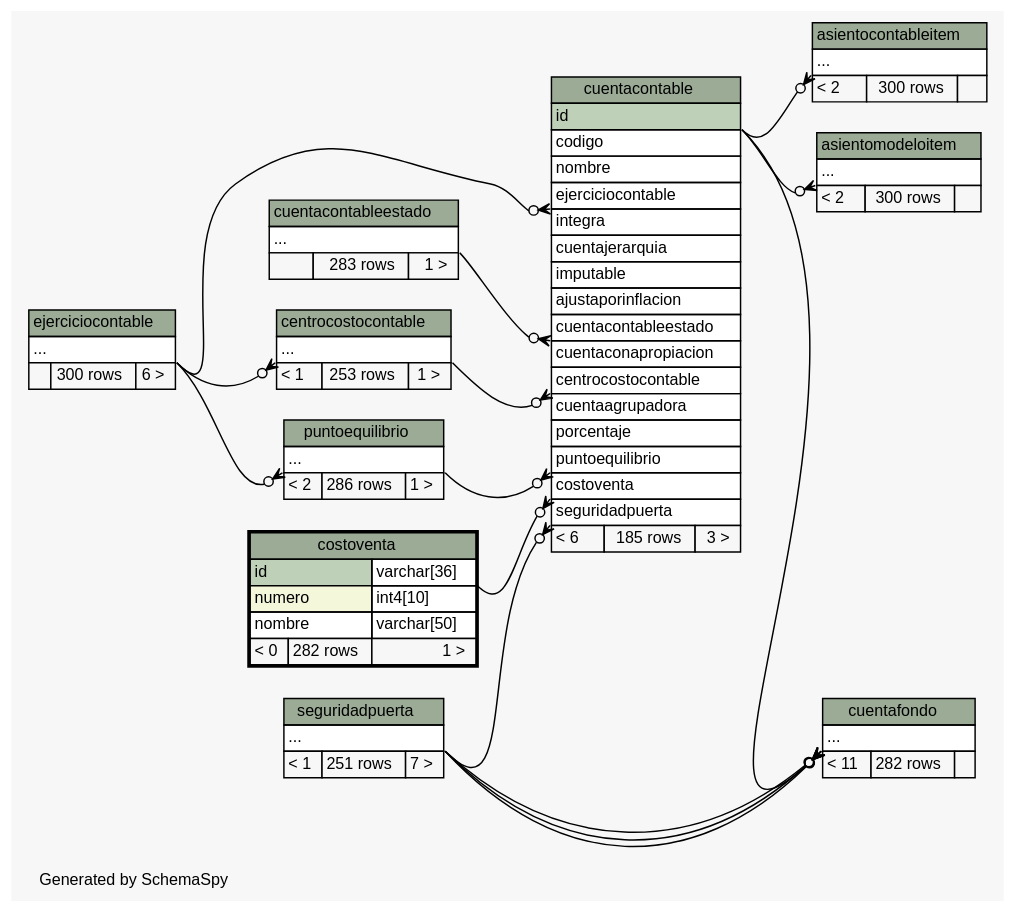
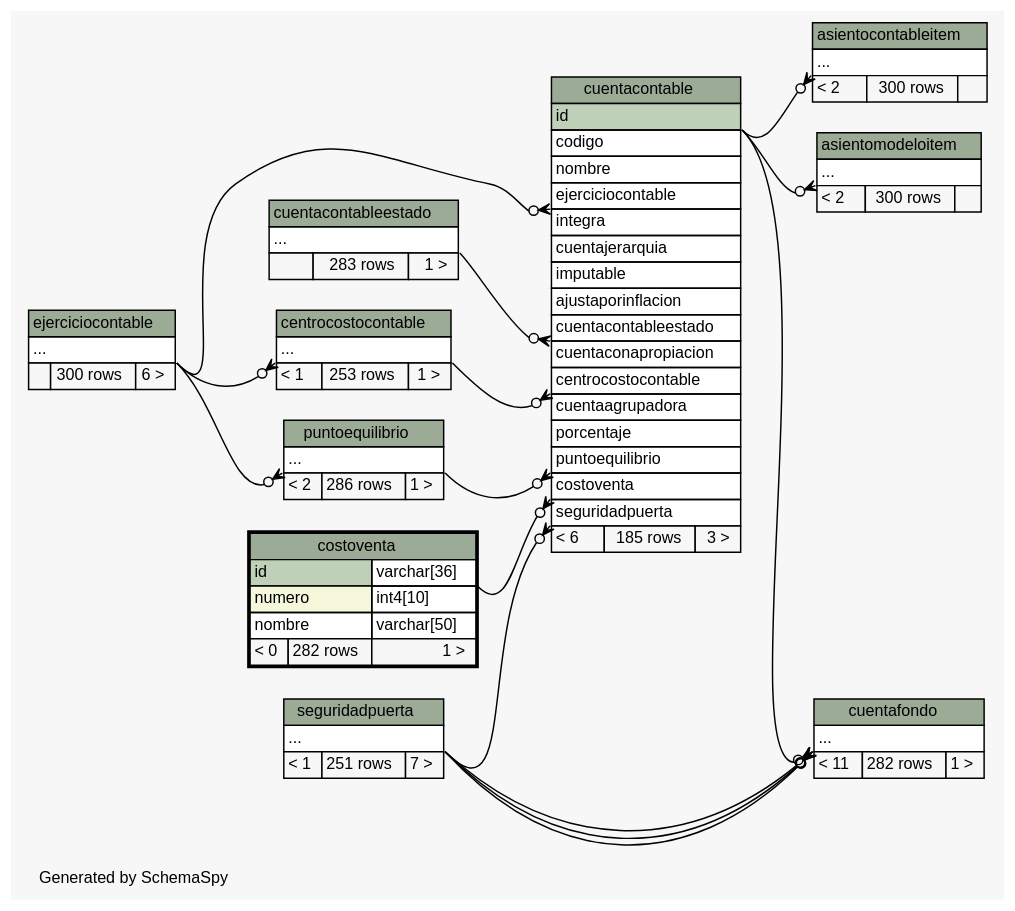
One commit to diegopablomansilla/massoftware_front changed the diagram in postgresql/schemaSpy/salida/diagrams/costoventa.2degrees.dot. Above: the diagram before and after it, drawn with Graphviz. The commit also changed 212 other files, not shown here.

```diff
--- a/postgresql/schemaSpy/salida/diagrams/costoventa.2degrees.dot
+++ b/postgresql/schemaSpy/salida/diagrams/costoventa.2degrees.dot
@@ -1,153 +1,153 @@
 // dot 2.2.1 on Windows 10 10.0
 // SchemaSpy rev 590
 digraph "twoDegreesRelationshipsDiagram" {
   graph [
     rankdir="RL"
     bgcolor="#f7f7f7"
     label="\nGenerated by SchemaSpy"
     labeljust="l"
     nodesep="0.18"
     ranksep="0.46"
     fontname="Helvetica"
     fontsize="11"
   ];
   node [
     fontname="Helvetica"
     fontsize="11"
     shape="plaintext"
   ];
   edge [
     arrowsize="0.8"
   ];
   "asientocontableitem":"elipses":sw -> "cuentacontable":"id":se [arrowhead=none dir=back arrowtail=crowodot];
   "asientomodeloitem":"elipses":sw -> "cuentacontable":"id":se [arrowhead=none dir=back arrowtail=crowodot];
   "centrocostocontable":"elipses":sw -> "ejerciciocontable":"elipses":se [arrowhead=none dir=back arrowtail=crowodot];
   "cuentacontable":"centrocostocontable":sw -> "centrocostocontable":"elipses":se [arrowhead=none dir=back arrowtail=crowodot];
   "cuentacontable":"costoventa":sw -> "costoventa":"id.type":se [arrowhead=none dir=back arrowtail=crowodot];
   "cuentacontable":"cuentacontableestado":sw -> "cuentacontableestado":"elipses":se [arrowhead=none dir=back arrowtail=crowodot];
   "cuentacontable":"ejerciciocontable":sw -> "ejerciciocontable":"elipses":se [arrowhead=none dir=back arrowtail=crowodot];
   "cuentacontable":"puntoequilibrio":sw -> "puntoequilibrio":"elipses":se [arrowhead=none dir=back arrowtail=crowodot];
   "cuentacontable":"seguridadpuerta":sw -> "seguridadpuerta":"elipses":se [arrowhead=none dir=back arrowtail=crowodot];
   "cuentafondo":"elipses":sw -> "cuentacontable":"id":se [arrowhead=none dir=back arrowtail=crowodot];
   "cuentafondo":"elipses":sw -> "seguridadpuerta":"elipses":se [arrowhead=none dir=back arrowtail=crowodot];
   "cuentafondo":"elipses":sw -> "seguridadpuerta":"elipses":se [arrowhead=none dir=back arrowtail=crowodot];
   "cuentafondo":"elipses":sw -> "seguridadpuerta":"elipses":se [arrowhead=none dir=back arrowtail=crowodot];
   "puntoequilibrio":"elipses":sw -> "ejerciciocontable":"elipses":se [arrowhead=none dir=back arrowtail=crowodot];
   "asientocontableitem" [
     label=<
     <TABLE BORDER="0" CELLBORDER="1" CELLSPACING="0" BGCOLOR="#ffffff">
       <TR><TD COLSPAN="3" BGCOLOR="#9bab96" ALIGN="CENTER">asientocontableitem</TD></TR>
       <TR><TD PORT="elipses" COLSPAN="3" ALIGN="LEFT">...</TD></TR>
       <TR><TD ALIGN="LEFT" BGCOLOR="#f7f7f7">&lt; 2</TD><TD ALIGN="RIGHT" BGCOLOR="#f7f7f7">300 rows</TD><TD ALIGN="RIGHT" BGCOLOR="#f7f7f7">  </TD></TR>
     </TABLE>>
     URL="asientocontableitem.html"
     tooltip="asientocontableitem"
   ];
   "asientomodeloitem" [
     label=<
     <TABLE BORDER="0" CELLBORDER="1" CELLSPACING="0" BGCOLOR="#ffffff">
       <TR><TD COLSPAN="3" BGCOLOR="#9bab96" ALIGN="CENTER">asientomodeloitem</TD></TR>
       <TR><TD PORT="elipses" COLSPAN="3" ALIGN="LEFT">...</TD></TR>
       <TR><TD ALIGN="LEFT" BGCOLOR="#f7f7f7">&lt; 2</TD><TD ALIGN="RIGHT" BGCOLOR="#f7f7f7">300 rows</TD><TD ALIGN="RIGHT" BGCOLOR="#f7f7f7">  </TD></TR>
     </TABLE>>
     URL="asientomodeloitem.html"
     tooltip="asientomodeloitem"
   ];
   "centrocostocontable" [
     label=<
     <TABLE BORDER="0" CELLBORDER="1" CELLSPACING="0" BGCOLOR="#ffffff">
       <TR><TD COLSPAN="3" BGCOLOR="#9bab96" ALIGN="CENTER">centrocostocontable</TD></TR>
       <TR><TD PORT="elipses" COLSPAN="3" ALIGN="LEFT">...</TD></TR>
       <TR><TD ALIGN="LEFT" BGCOLOR="#f7f7f7">&lt; 1</TD><TD ALIGN="RIGHT" BGCOLOR="#f7f7f7">253 rows</TD><TD ALIGN="RIGHT" BGCOLOR="#f7f7f7">1 &gt;</TD></TR>
     </TABLE>>
     URL="centrocostocontable.html"
     tooltip="centrocostocontable"
   ];
   "costoventa" [
     label=<
     <TABLE BORDER="2" CELLBORDER="1" CELLSPACING="0" BGCOLOR="#ffffff">
       <TR><TD COLSPAN="3" BGCOLOR="#9bab96" ALIGN="CENTER">costoventa</TD></TR>
       <TR><TD PORT="id" COLSPAN="2" BGCOLOR="#bed1b8" ALIGN="LEFT">id</TD><TD PORT="id.type" ALIGN="LEFT">varchar[36]</TD></TR>
       <TR><TD PORT="numero" COLSPAN="2" BGCOLOR="#f4f7da" ALIGN="LEFT">numero</TD><TD PORT="numero.type" ALIGN="LEFT">int4[10]</TD></TR>
       <TR><TD PORT="nombre" COLSPAN="2" ALIGN="LEFT">nombre</TD><TD PORT="nombre.type" ALIGN="LEFT">varchar[50]</TD></TR>
       <TR><TD ALIGN="LEFT" BGCOLOR="#f7f7f7">&lt; 0</TD><TD ALIGN="RIGHT" BGCOLOR="#f7f7f7">282 rows</TD><TD ALIGN="RIGHT" BGCOLOR="#f7f7f7">1 &gt;</TD></TR>
     </TABLE>>
     URL="costoventa.html"
     tooltip="costoventa"
   ];
   "cuentacontable" [
     label=<
     <TABLE BORDER="0" CELLBORDER="1" CELLSPACING="0" BGCOLOR="#ffffff">
       <TR><TD COLSPAN="3" BGCOLOR="#9bab96" ALIGN="CENTER">cuentacontable</TD></TR>
       <TR><TD PORT="id" COLSPAN="3" BGCOLOR="#bed1b8" ALIGN="LEFT">id</TD></TR>
       <TR><TD PORT="codigo" COLSPAN="3" ALIGN="LEFT">codigo</TD></TR>
       <TR><TD PORT="nombre" COLSPAN="3" ALIGN="LEFT">nombre</TD></TR>
       <TR><TD PORT="ejerciciocontable" COLSPAN="3" ALIGN="LEFT">ejerciciocontable</TD></TR>
       <TR><TD PORT="integra" COLSPAN="3" ALIGN="LEFT">integra</TD></TR>
       <TR><TD PORT="cuentajerarquia" COLSPAN="3" ALIGN="LEFT">cuentajerarquia</TD></TR>
       <TR><TD PORT="imputable" COLSPAN="3" ALIGN="LEFT">imputable</TD></TR>
       <TR><TD PORT="ajustaporinflacion" COLSPAN="3" ALIGN="LEFT">ajustaporinflacion</TD></TR>
       <TR><TD PORT="cuentacontableestado" COLSPAN="3" ALIGN="LEFT">cuentacontableestado</TD></TR>
       <TR><TD PORT="cuentaconapropiacion" COLSPAN="3" ALIGN="LEFT">cuentaconapropiacion</TD></TR>
       <TR><TD PORT="centrocostocontable" COLSPAN="3" ALIGN="LEFT">centrocostocontable</TD></TR>
       <TR><TD PORT="cuentaagrupadora" COLSPAN="3" ALIGN="LEFT">cuentaagrupadora</TD></TR>
       <TR><TD PORT="porcentaje" COLSPAN="3" ALIGN="LEFT">porcentaje</TD></TR>
       <TR><TD PORT="puntoequilibrio" COLSPAN="3" ALIGN="LEFT">puntoequilibrio</TD></TR>
       <TR><TD PORT="costoventa" COLSPAN="3" ALIGN="LEFT">costoventa</TD></TR>
       <TR><TD PORT="seguridadpuerta" COLSPAN="3" ALIGN="LEFT">seguridadpuerta</TD></TR>
       <TR><TD ALIGN="LEFT" BGCOLOR="#f7f7f7">&lt; 6</TD><TD ALIGN="RIGHT" BGCOLOR="#f7f7f7">185 rows</TD><TD ALIGN="RIGHT" BGCOLOR="#f7f7f7">3 &gt;</TD></TR>
     </TABLE>>
     URL="cuentacontable.html"
     tooltip="cuentacontable"
   ];
   "cuentacontableestado" [
     label=<
     <TABLE BORDER="0" CELLBORDER="1" CELLSPACING="0" BGCOLOR="#ffffff">
       <TR><TD COLSPAN="3" BGCOLOR="#9bab96" ALIGN="CENTER">cuentacontableestado</TD></TR>
       <TR><TD PORT="elipses" COLSPAN="3" ALIGN="LEFT">...</TD></TR>
       <TR><TD ALIGN="LEFT" BGCOLOR="#f7f7f7">  </TD><TD ALIGN="RIGHT" BGCOLOR="#f7f7f7">283 rows</TD><TD ALIGN="RIGHT" BGCOLOR="#f7f7f7">1 &gt;</TD></TR>
     </TABLE>>
     URL="cuentacontableestado.html"
     tooltip="cuentacontableestado"
   ];
   "cuentafondo" [
     label=<
     <TABLE BORDER="0" CELLBORDER="1" CELLSPACING="0" BGCOLOR="#ffffff">
       <TR><TD COLSPAN="3" BGCOLOR="#9bab96" ALIGN="CENTER">cuentafondo</TD></TR>
       <TR><TD PORT="elipses" COLSPAN="3" ALIGN="LEFT">...</TD></TR>
-      <TR><TD ALIGN="LEFT" BGCOLOR="#f7f7f7">&lt; 11</TD><TD ALIGN="RIGHT" BGCOLOR="#f7f7f7">282 rows</TD><TD ALIGN="RIGHT" BGCOLOR="#f7f7f7">  </TD></TR>
+      <TR><TD ALIGN="LEFT" BGCOLOR="#f7f7f7">&lt; 11</TD><TD ALIGN="RIGHT" BGCOLOR="#f7f7f7">282 rows</TD><TD ALIGN="RIGHT" BGCOLOR="#f7f7f7">1 &gt;</TD></TR>
     </TABLE>>
     URL="cuentafondo.html"
     tooltip="cuentafondo"
   ];
   "ejerciciocontable" [
     label=<
     <TABLE BORDER="0" CELLBORDER="1" CELLSPACING="0" BGCOLOR="#ffffff">
       <TR><TD COLSPAN="3" BGCOLOR="#9bab96" ALIGN="CENTER">ejerciciocontable</TD></TR>
       <TR><TD PORT="elipses" COLSPAN="3" ALIGN="LEFT">...</TD></TR>
       <TR><TD ALIGN="LEFT" BGCOLOR="#f7f7f7">  </TD><TD ALIGN="RIGHT" BGCOLOR="#f7f7f7">300 rows</TD><TD ALIGN="RIGHT" BGCOLOR="#f7f7f7">6 &gt;</TD></TR>
     </TABLE>>
     URL="ejerciciocontable.html"
     tooltip="ejerciciocontable"
   ];
   "puntoequilibrio" [
     label=<
     <TABLE BORDER="0" CELLBORDER="1" CELLSPACING="0" BGCOLOR="#ffffff">
       <TR><TD COLSPAN="3" BGCOLOR="#9bab96" ALIGN="CENTER">puntoequilibrio</TD></TR>
       <TR><TD PORT="elipses" COLSPAN="3" ALIGN="LEFT">...</TD></TR>
       <TR><TD ALIGN="LEFT" BGCOLOR="#f7f7f7">&lt; 2</TD><TD ALIGN="RIGHT" BGCOLOR="#f7f7f7">286 rows</TD><TD ALIGN="RIGHT" BGCOLOR="#f7f7f7">1 &gt;</TD></TR>
     </TABLE>>
     URL="puntoequilibrio.html"
     tooltip="puntoequilibrio"
   ];
   "seguridadpuerta" [
     label=<
     <TABLE BORDER="0" CELLBORDER="1" CELLSPACING="0" BGCOLOR="#ffffff">
       <TR><TD COLSPAN="3" BGCOLOR="#9bab96" ALIGN="CENTER">seguridadpuerta</TD></TR>
       <TR><TD PORT="elipses" COLSPAN="3" ALIGN="LEFT">...</TD></TR>
       <TR><TD ALIGN="LEFT" BGCOLOR="#f7f7f7">&lt; 1</TD><TD ALIGN="RIGHT" BGCOLOR="#f7f7f7">251 rows</TD><TD ALIGN="RIGHT" BGCOLOR="#f7f7f7">7 &gt;</TD></TR>
     </TABLE>>
     URL="seguridadpuerta.html"
     tooltip="seguridadpuerta"
   ];
 }
```
